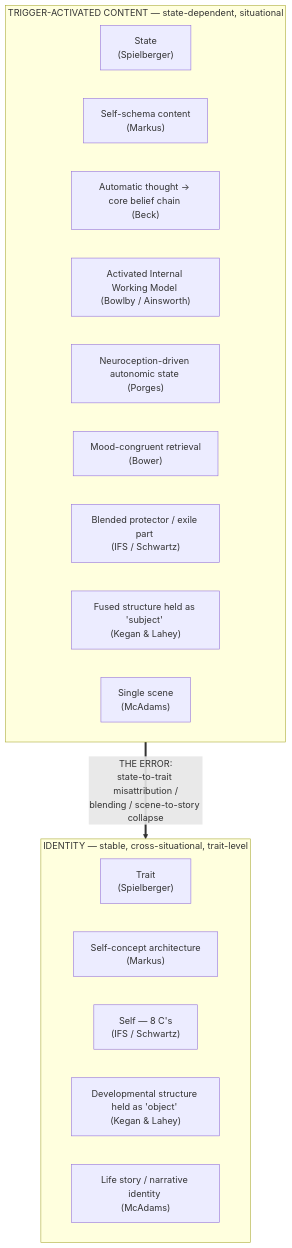
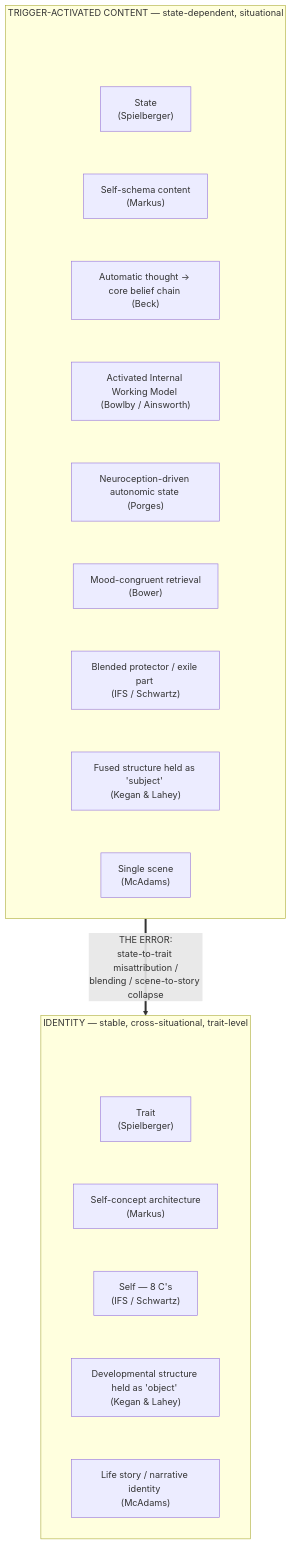
The first of 2 diagrams in Coaching/Disciple Fit Covenant Identity Coaching Prep/06 — Practitioner Reference/Covenant Identity — Identity vs. Trigger-Activated Content — Psychological Frameworks Reference.md (andrewhouser999-hue/Disciple-Fit-Vault), drawn with Mermaid before and after one commit. The commit also changed 2 other files, not shown here.

Commit message:
vault backup: 2026-07-27 16:12:53

````diff
--- a/Coaching/Disciple Fit Covenant Identity Coaching Prep/06 — Practitioner Reference/Covenant Identity — Identity vs. Trigger-Activated Content — Psychological Frameworks Reference.md
+++ b/Coaching/Disciple Fit Covenant Identity Coaching Prep/06 — Practitioner Reference/Covenant Identity — Identity vs. Trigger-Activated Content — Psychological Frameworks Reference.md
@@ -19,24 +19,33 @@
 ```mermaid
 flowchart TB
     subgraph ID["IDENTITY — stable, cross-situational, trait-level"]
+        direction TB
+        A0[" "]
         A1["Trait <br/>(Spielberger)"]
         A2["Self-concept architecture <br/>(Markus)"]
         A3["Self — 8 C's <br/>(IFS / Schwartz)"]
         A4["Developmental structure held as 'object' <br/>(Kegan & Lahey)"]
         A5["Life story / narrative identity <br/>(McAdams)"]
+        A0 ~~~ A1 ~~~ A2 ~~~ A3 ~~~ A4 ~~~ A5
     end
 
     subgraph TR["TRIGGER-ACTIVATED CONTENT — state-dependent, situational"]
+        direction TB
+        B0[" "]
         B1["State <br/>(Spielberger)"]
         B2["Self-schema content <br/>(Markus)"]
         B3["Automatic thought → core belief chain <br/>(Beck)"]
         B4["Activated Internal Working Model <br/>(Bowlby / Ainsworth)"]
         B5["Neuroception-driven autonomic state <br/>(Porges)"]
         B6["Mood-congruent retrieval <br/>(Bower)"]
         B7["Blended protector / exile part <br/>(IFS / Schwartz)"]
         B8["Fused structure held as 'subject' <br/>(Kegan & Lahey)"]
         B9["Single scene <br/>(McAdams)"]
+        B0 ~~~ B1 ~~~ B2 ~~~ B3 ~~~ B4 ~~~ B5 ~~~ B6 ~~~ B7 ~~~ B8 ~~~ B9
     end
 
     TR ==>|"THE ERROR:<br/>state-to-trait misattribution /<br/>blending / scene-to-story collapse"| ID
+
+    style A0 fill:none,stroke:none
+    style B0 fill:none,stroke:none
 ```
````
